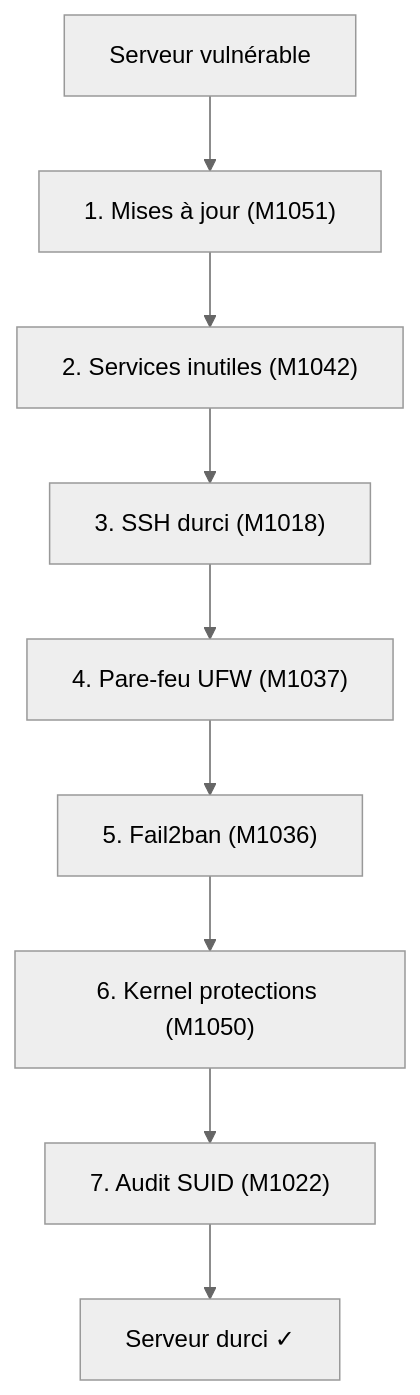
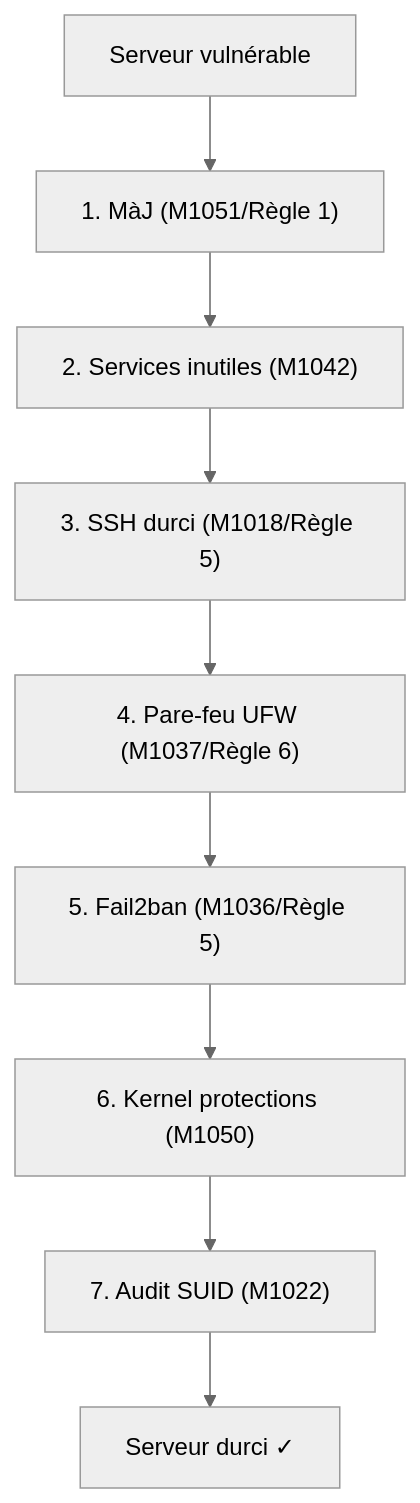
Before and after one commit to yugmerabtene/techniques-de-hacking-niveau-1: the second of 2 diagrams in JOUR-04.md, drawn with Mermaid (neutral theme). The commit also changed other lines of this file and 12 other files, not shown here.

````diff
--- a/JOUR-04.md
+++ b/JOUR-04.md
@@ -77,11 +74,11 @@
 ```mermaid
 flowchart TB
-    A["Serveur vulnérable"] --> B["1. Mises à jour (M1051)"]
+    A["Serveur vulnérable"] --> B["1. MàJ (M1051/Règle 1)"]
     B --> C["2. Services inutiles (M1042)"]
-    C --> D["3. SSH durci (M1018)"]
-    D --> E["4. Pare-feu UFW (M1037)"]
-    E --> F["5. Fail2ban (M1036)"]
+    C --> D["3. SSH durci (M1018/Règle 5)"]
+    D --> E["4. Pare-feu UFW (M1037/Règle 6)"]
+    E --> F["5. Fail2ban (M1036/Règle 5)"]
     F --> G["6. Kernel protections (M1050)"]
     G --> H["7. Audit SUID (M1022)"]
     H --> I["Serveur durci ✓"]
 ```
````
